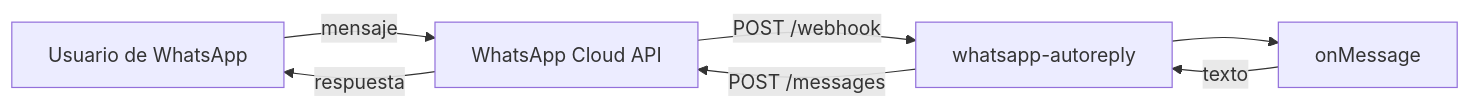
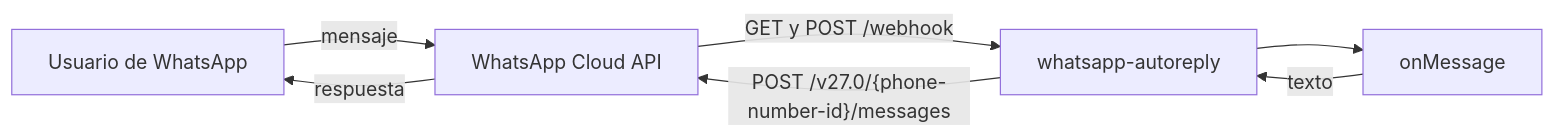
Before and after one commit to GonzaloGerez/whatsapp-autoreply: the diagram in docs/arquitectura.md, drawn with Mermaid. The commit also changed other lines of this file and 29 other files, not shown here.

````diff
--- a/docs/arquitectura.md
+++ b/docs/arquitectura.md
@@ -5,14 +7,14 @@
 ```mermaid
 flowchart LR
   usuario[Usuario de WhatsApp]
   meta[WhatsApp Cloud API]
   bot[whatsapp-autoreply]
   handler[onMessage]
 
   usuario -->|mensaje| meta
-  meta -->|POST /webhook| bot
+  meta -->|GET y POST /webhook| bot
   bot --> handler
   handler -->|texto| bot
-  bot -->|POST /messages| meta
+  bot -->|"POST /v27.0/{phone-number-id}/messages"| meta
   meta -->|respuesta| usuario
 ```
````
